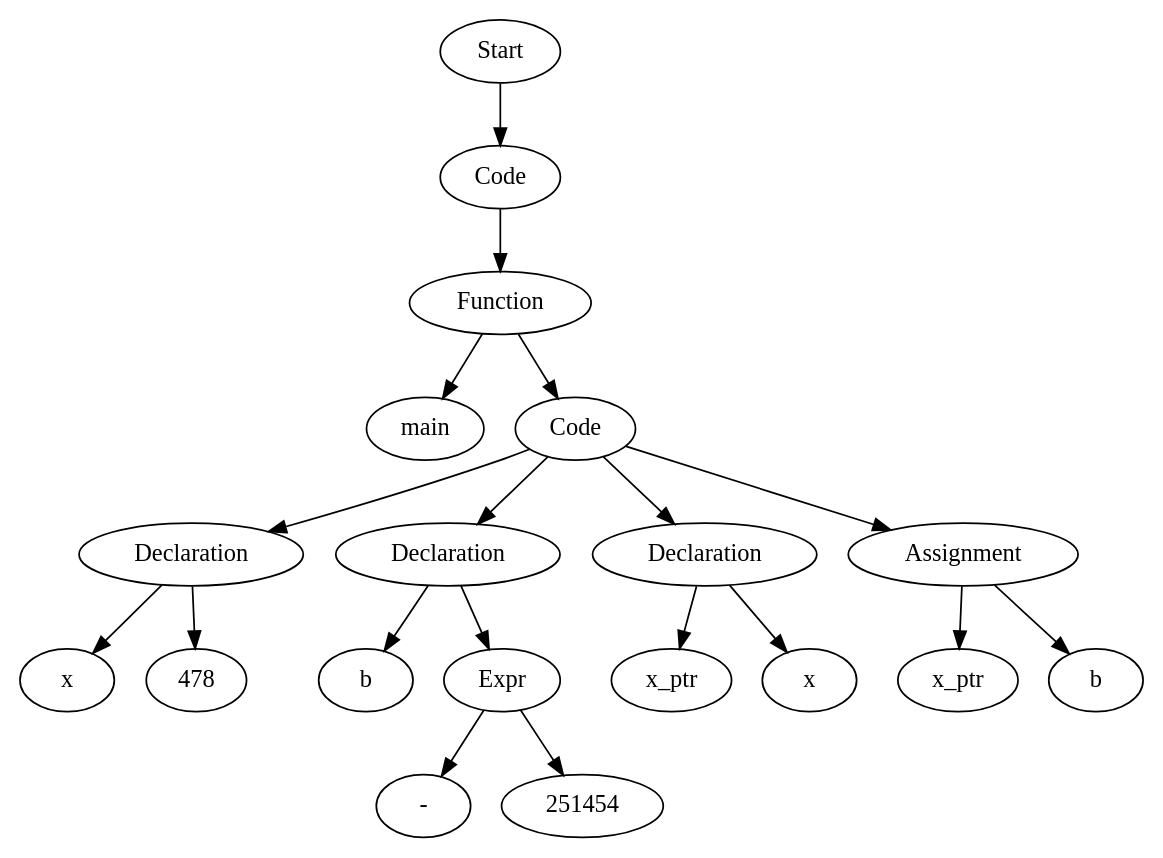
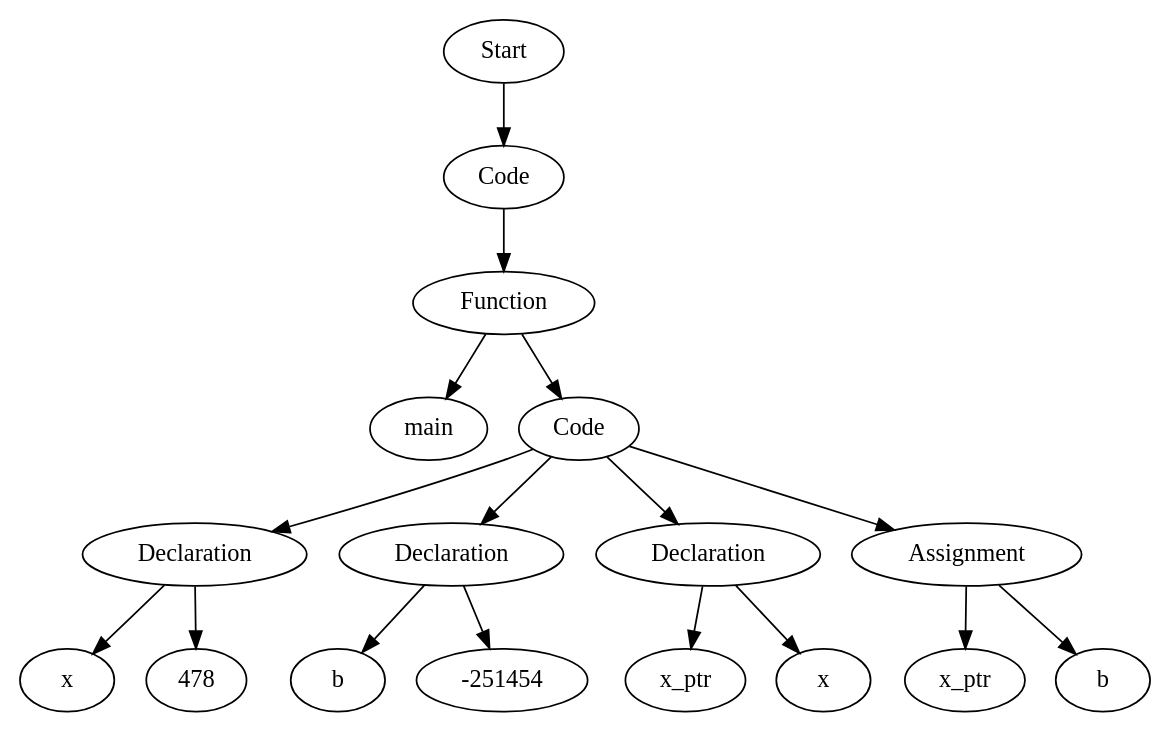
Before and after one commit to Are-you-listening/Compilers: the diagram in testfiles/basic_tests_123/proj2_man_semanticErr_incompatibleTypes2ASTVisual.dot, drawn with Graphviz. The commit also changed 79 other files, not shown here.

```diff
--- a/testfiles/basic_tests_123/proj2_man_semanticErr_incompatibleTypes2ASTVisual.dot
+++ b/testfiles/basic_tests_123/proj2_man_semanticErr_incompatibleTypes2ASTVisual.dot
@@ -1,39 +1,35 @@
 digraph AST {
-  "134272668014416" [label="Start"];
-  "134272668014416" -> "134272668013552";
-  "134272668013552" [label="Code"];
-  "134272668013552" -> "134272668011632";
-  "134272668011632" [label="Function"];
-  "134272668011632" -> "134272668008608";
-  "134272668011632" -> "134272668012496";
-  "134272668008608" [label="main"];
-  "134272668012496" [label="Code"];
-  "134272668012496" -> "134272668008944";
-  "134272668012496" -> "134272668292032";
-  "134272668012496" -> "134272668289728";
-  "134272668012496" -> "134272668299856";
-  "134272668008944" [label="Declaration"];
-  "134272668008944" -> "134272668297504";
-  "134272668008944" -> "134272668298128";
-  "134272668297504" [label="x"];
-  "134272668298128" [label="478"];
-  "134272668292032" [label="Declaration"];
-  "134272668292032" -> "134272668296400";
-  "134272668292032" -> "134272668294336";
-  "134272668296400" [label="b"];
-  "134272668294336" [label="Expr"];
-  "134272668294336" -> "134272668301824";
-  "134272668294336" -> "134272668300816";
-  "134272668301824" [label="-"];
-  "134272668300816" [label="251454"];
-  "134272668289728" [label="Declaration"];
-  "134272668289728" -> "134272668298368";
-  "134272668289728" -> "134272668289536";
-  "134272668298368" [label="x_ptr"];
-  "134272668289536" [label="x"];
-  "134272668299856" [label="Assignment"];
-  "134272668299856" -> "134272668302736";
-  "134272668299856" -> "134272668019600";
-  "134272668302736" [label="x_ptr"];
-  "134272668019600" [label="b"];
+  "134516044513680" [label="Start"];
+  "134516044513680" -> "134516044212944";
+  "134516044212944" [label="Code"];
+  "134516044212944" -> "134516044214048";
+  "134516044214048" [label="Function"];
+  "134516044214048" -> "134516044202048";
+  "134516044214048" -> "134516044207856";
+  "134516044202048" [label="main"];
+  "134516044207856" [label="Code"];
+  "134516044207856" -> "134516044211792";
+  "134516044207856" -> "134516044209536";
+  "134516044207856" -> "134516044213328";
+  "134516044207856" -> "134516044205072";
+  "134516044211792" [label="Declaration"];
+  "134516044211792" -> "134516044210832";
+  "134516044211792" -> "134516044209584";
+  "134516044210832" [label="x"];
+  "134516044209584" [label="478"];
+  "134516044209536" [label="Declaration"];
+  "134516044209536" -> "134516044206320";
+  "134516044209536" -> "134516044204016";
+  "134516044206320" [label="b"];
+  "134516044204016" [label="-251454"];
+  "134516044213328" [label="Declaration"];
+  "134516044213328" -> "134516044210208";
+  "134516044213328" -> "134516044203968";
+  "134516044210208" [label="x_ptr"];
+  "134516044203968" [label="x"];
+  "134516044205072" [label="Assignment"];
+  "134516044205072" -> "134516044202576";
+  "134516044205072" -> "134516044206128";
+  "134516044202576" [label="x_ptr"];
+  "134516044206128" [label="b"];
 }
```
